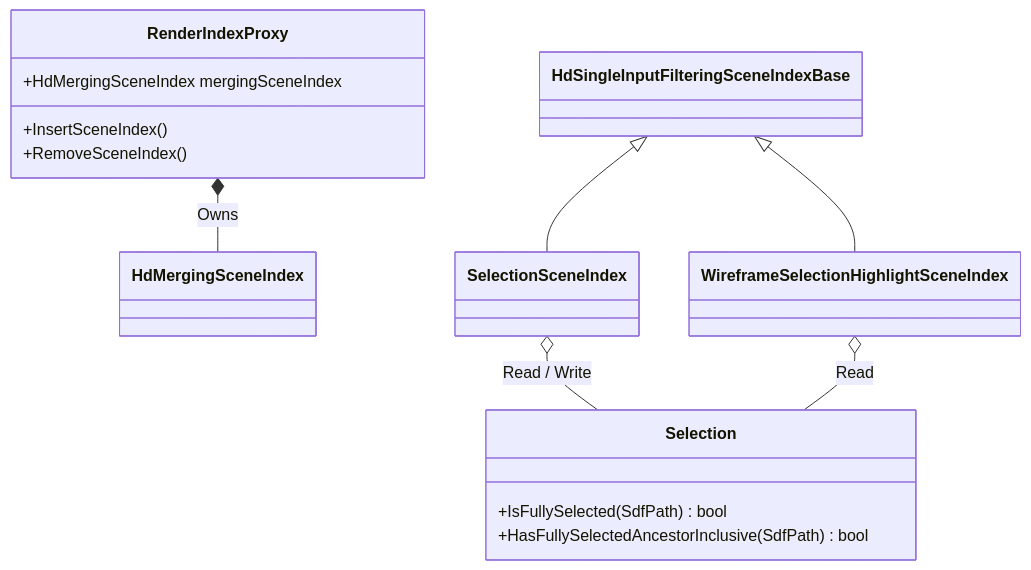
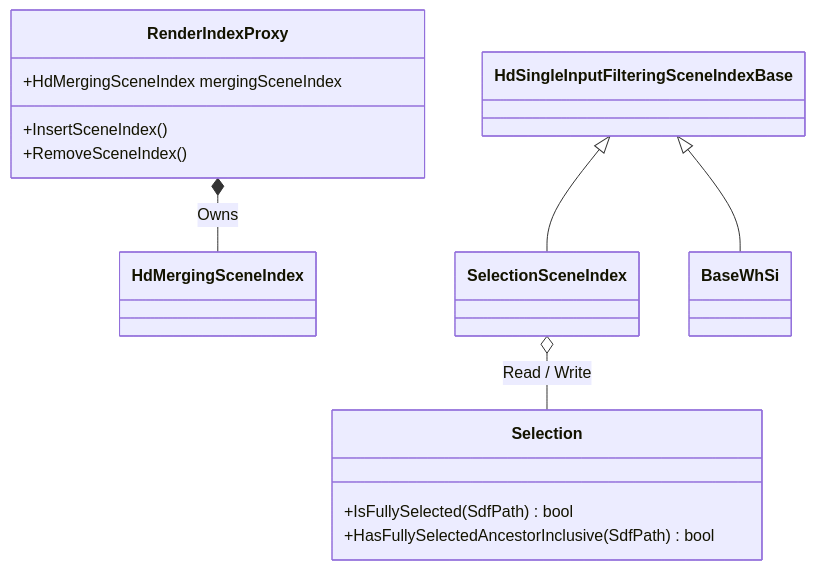
Before and after one commit to Autodesk/maya-hydra: the second of 2 diagrams in doc/selectionHighlightingArchitecture.md, drawn with Mermaid. The commit also changed other lines of this file, not shown here.

Commit message:
HYDRA-1271 : Update existing selection highlight architecture doc

````diff
--- a/doc/selectionHighlightingArchitecture.md
+++ b/doc/selectionHighlightingArchitecture.md
@@ -236,29 +234,27 @@
 ```mermaid
 classDiagram
 class HdSingleInputFilteringSceneIndexBase
 class HdMergingSceneIndex
 
 class Selection{
 +IsFullySelected(SdfPath) bool
 +HasFullySelectedAncestorInclusive(SdfPath) bool
 }
 
 class SelectionSceneIndex
-class WireframeSelectionHighlightSceneIndex
+class BaseWhSi
 
 class RenderIndexProxy{
 +HdMergingSceneIndex mergingSceneIndex
 +InsertSceneIndex()
 +RemoveSceneIndex()
 }
 
 HdSingleInputFilteringSceneIndexBase <|-- SelectionSceneIndex
 
-HdSingleInputFilteringSceneIndexBase <|-- WireframeSelectionHighlightSceneIndex
+HdSingleInputFilteringSceneIndexBase <|-- BaseWhSi
 
 RenderIndexProxy *-- HdMergingSceneIndex : Owns
 
 SelectionSceneIndex o-- Selection : Read / Write
-
-WireframeSelectionHighlightSceneIndex o-- Selection : Read
 ```
````
